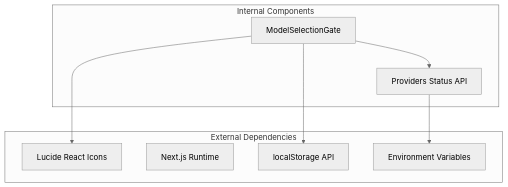
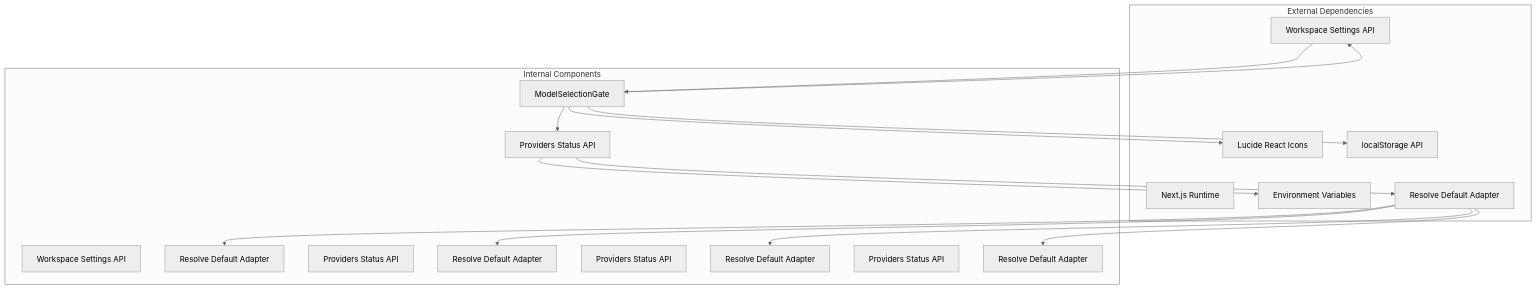
Before and after one commit to shekhargiri005-dotcom/AI-powered-accessibility-first-UI-engine: the fifth of 5 diagrams in .qoder/repowiki/en/content/Model Selection Gate.md, drawn with Mermaid (neutral theme). The commit also changed other lines of this file and 20 other files, not shown here.

````diff
--- a/.qoder/repowiki/en/content/Model Selection Gate.md
+++ b/.qoder/repowiki/en/content/Model Selection Gate.md
@@ -305,17 +545,34 @@
 ```mermaid
 graph TB
 subgraph "External Dependencies"
 LUCIDE[Lucide React Icons]
 NEXTJS[Next.js Runtime]
 LOCALSTORAGE[localStorage API]
 ENVIRONMENT[Environment Variables]
+WORKSPACE[Workspace Settings API]
+RESOLVE[Resolve Default Adapter]
 end
 subgraph "Internal Components"
 MSG[ModelSelectionGate]
 PSTATUS[Providers Status API]
+ENDPOINT[Workspace Settings API]
+ENDPOINT2[Resolve Default Adapter]
+ENDPOINT3[Providers Status API]
+ENDPOINT4[Resolve Default Adapter]
+ENDPOINT5[Providers Status API]
+ENDPOINT6[Resolve Default Adapter]
+ENDPOINT7[Providers Status API]
+ENDPOINT8[Resolve Default Adapter]
 end
 MSG --> PSTATUS
+MSG --> WORKSPACE
 MSG --> LOCALSTORAGE
 PSTATUS --> ENVIRONMENT
+PSTATUS --> RESOLVE
+WORKSPACE --> MSG
 MSG --> LUCIDE
+RESOLVE --> ENDPOINT2
+RESOLVE --> ENDPOINT4
+RESOLVE --> ENDPOINT6
+RESOLVE --> ENDPOINT8
 ```
````
